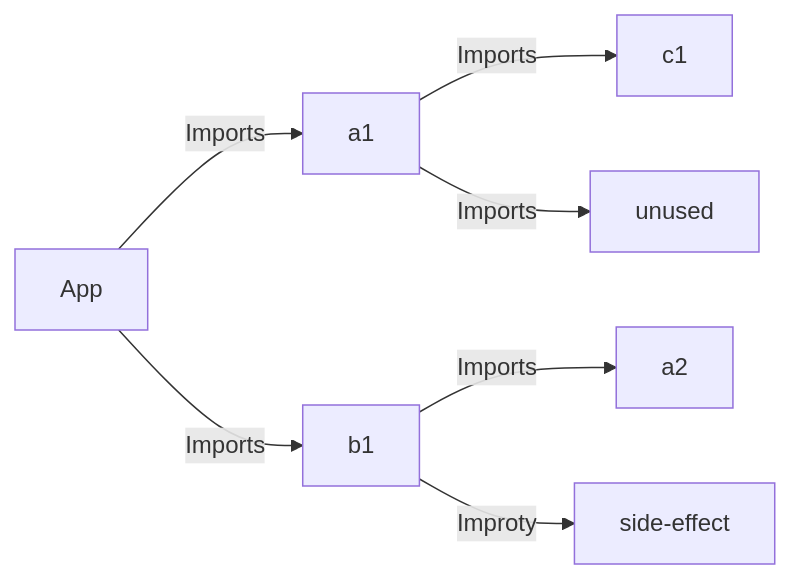
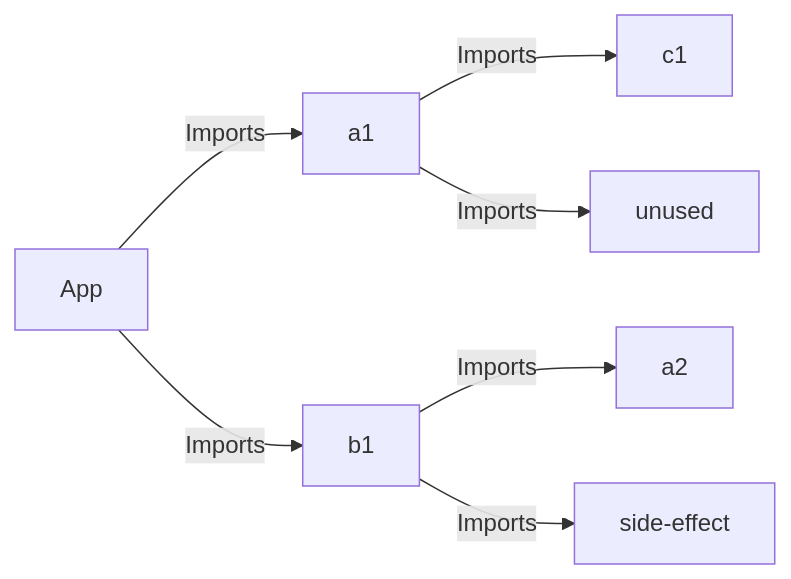
The diagram in test/fixtures/resolution/README.md (janbiasi/rollup-plugin-sbom), drawn with Mermaid before and after one commit. The commit also changed 14 other files, not shown here.

````diff
--- a/test/fixtures/resolution/README.md
+++ b/test/fixtures/resolution/README.md
@@ -31,10 +31,10 @@
 ```mermaid
 flowchart LR
   App
   App -- Imports --> a1
   App -- Imports --> b1
   a1 -- Imports --> c1
   a1 -- Imports --> unused
   b1 -- Imports --> a2
-  b1 -- Improty --> side-effect
+  b1 -- Imports --> side-effect
 ```
````
